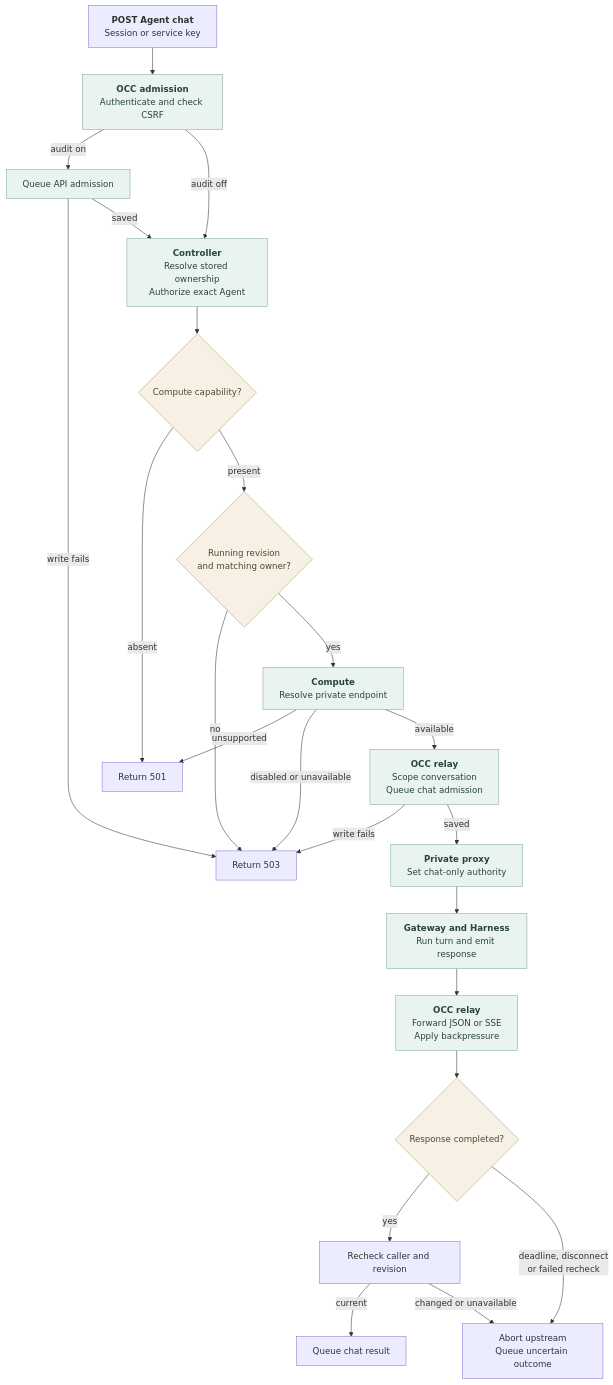
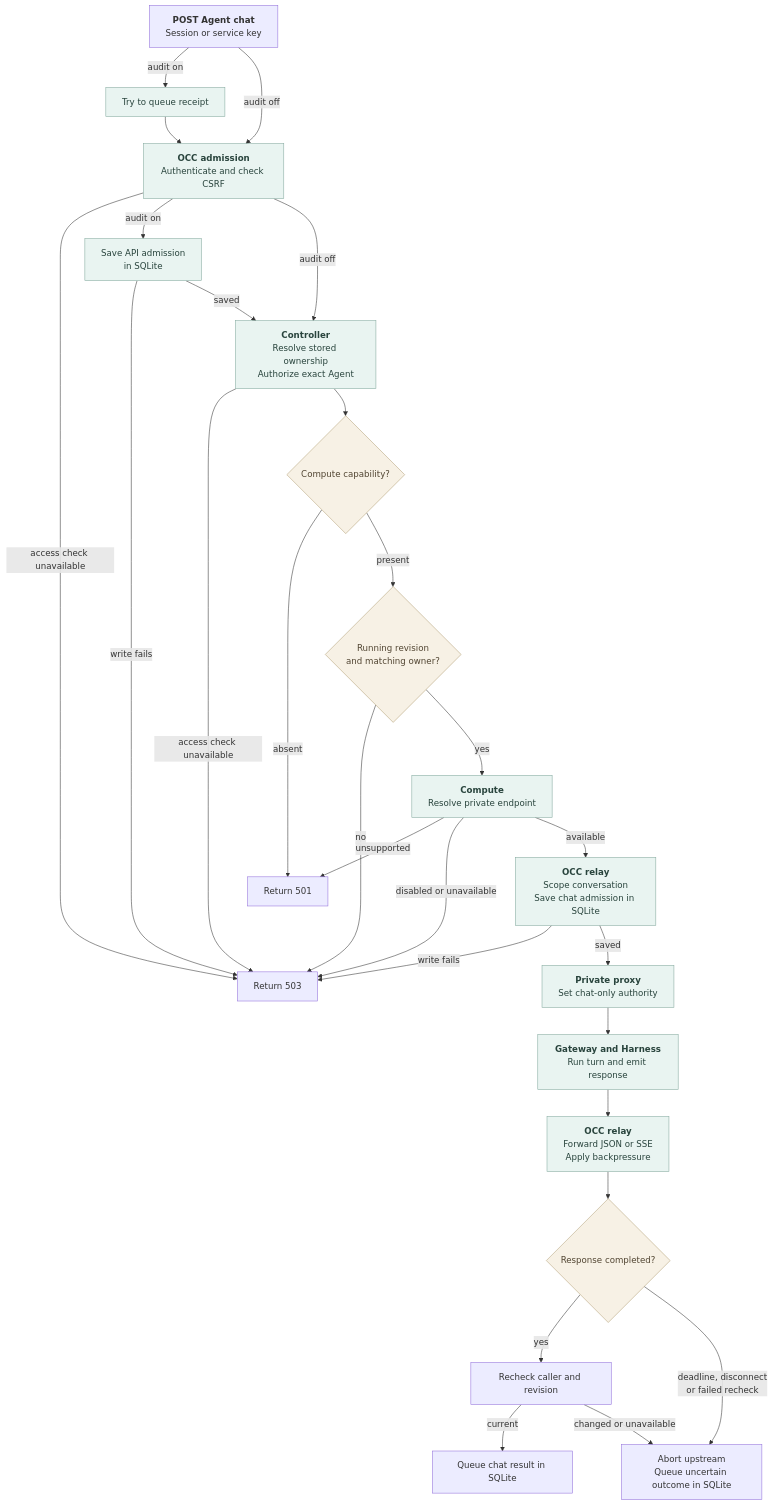
One commit to openclaw/openclaw-enterprise changed the diagram in docs/flows/agent-http-chat.md. Above: the diagram before and after it, drawn with Mermaid. The commit also changed other lines of this file and 41 other files, not shown here.

Commit message:
Queue HTTP chat audit events on the API volume through PostgreSQL outages

````diff
--- a/docs/flows/agent-http-chat.md
+++ b/docs/flows/agent-http-chat.md
@@ -29,29 +29,33 @@
 ```mermaid
 graph TD
-  A["<b>POST Agent chat</b><br/>Session or service key"] --> B["<b>OCC admission</b><br/>Authenticate and check CSRF"]
-  B -->|audit on| R["Queue API admission"]
+  A["<b>POST Agent chat</b><br/>Session or service key"] -->|audit on| Q["Try to queue receipt"]
+  A -->|audit off| B["<b>OCC admission</b><br/>Authenticate and check CSRF"]
+  Q --> B
+  B -->|access check unavailable| V
+  B -->|audit on| R["Save API admission<br/>in SQLite"]
   R -->|write fails| V
   R -->|saved| C
   B -->|audit off| C["<b>Controller</b><br/>Resolve stored ownership<br/>Authorize exact Agent"]
+  C -->|access check unavailable| V
   C --> D{"Compute capability?"}
   D -->|absent| U["Return 501"]
   D -->|present| E{"Running revision<br/>and matching owner?"}
   E -->|no| V["Return 503"]
   E -->|yes| F["<b>Compute</b><br/>Resolve private endpoint"]
   F -->|unsupported| U
   F -->|disabled or unavailable| V
-  F -->|available| G["<b>OCC relay</b><br/>Scope conversation<br/>Queue chat admission"]
+  F -->|available| G["<b>OCC relay</b><br/>Scope conversation<br/>Save chat admission in SQLite"]
   G -->|write fails| V
   G -->|saved| H["<b>Private proxy</b><br/>Set chat-only authority"]
   H --> I["<b>Gateway and Harness</b><br/>Run turn and emit response"]
   I --> J["<b>OCC relay</b><br/>Forward JSON or SSE<br/>Apply backpressure"]
   J --> K{"Response completed?"}
   K -->|yes| N["Recheck caller and revision"]
-  N -->|current| L["Queue chat result"]
+  N -->|current| L["Queue chat result in SQLite"]
   N -->|changed or unavailable| M
-  K -->|deadline, disconnect<br/>or failed recheck| M["Abort upstream<br/>Queue uncertain outcome"]
+  K -->|deadline, disconnect<br/>or failed recheck| M["Abort upstream<br/>Queue uncertain outcome in SQLite"]
   classDef gate fill:#F7F1E5,stroke:#B3A078,color:#514532,stroke-width:1px
   classDef process fill:#E9F4F1,stroke:#83A99E,color:#29443D,stroke-width:1px
   class D,E,K gate
-  class B,C,F,G,H,I,J,R process
+  class B,C,F,G,H,I,J,Q,R process
 ```
````
